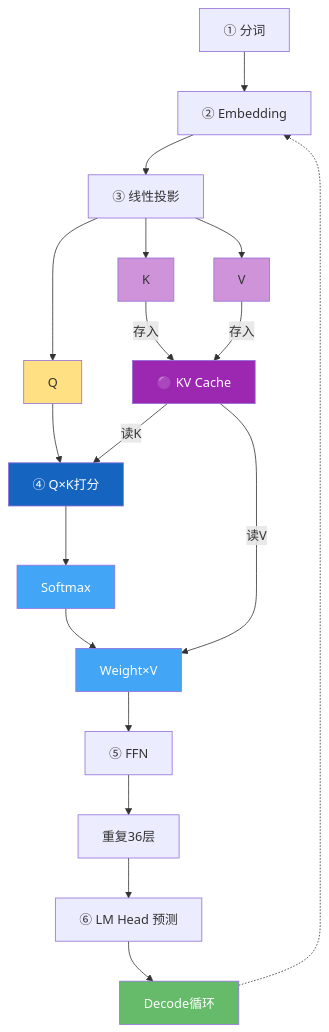
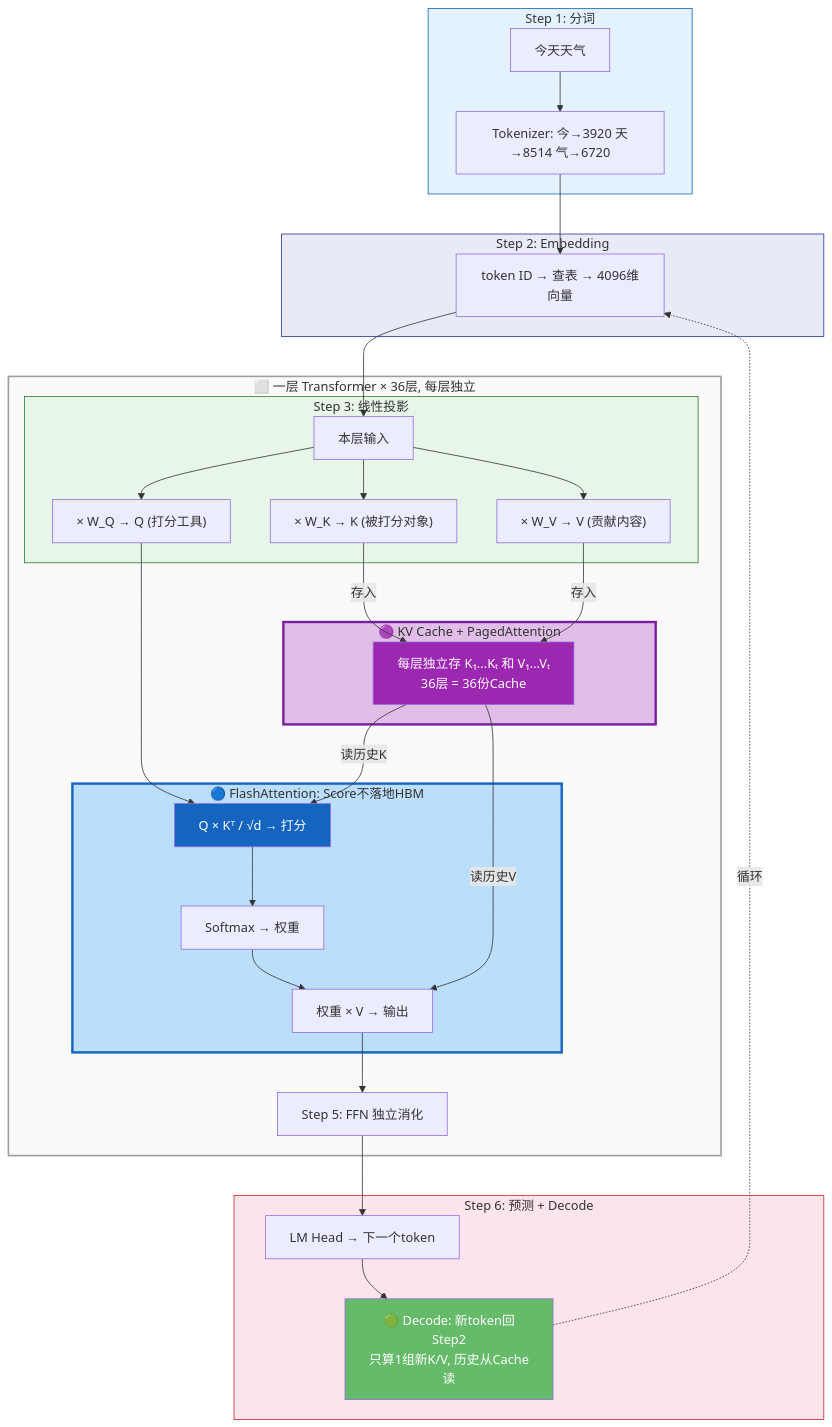
Before and after one commit to david-xinyuwei/david-share: the diagram in Deep-Learning/KV-Cache-Deep-Dive/README-CN.md, drawn with Mermaid. The commit also changed other lines of this file, not shown here.

Commit message:
Balance diagram: structure + short labels

````diff
--- a/Deep-Learning/KV-Cache-Deep-Dive/README-CN.md
+++ b/Deep-Learning/KV-Cache-Deep-Dive/README-CN.md
@@ -271,29 +271,59 @@
 ```mermaid
 graph TD
-    INPUT["① 分词"] --> EMB["② Embedding"]
-    EMB --> PROJ["③ 线性投影"]
-    PROJ --> Q["Q"]
-    PROJ --> K["K"]
-    PROJ --> V["V"]
-    K -->|"存入"| KC["🟣 KV Cache"]
-    V -->|"存入"| KC
-    Q --> SCORE["④ Q×K打分"]
-    KC -->|"读K"| SCORE
-    SCORE --> SOFT["Softmax"]
-    SOFT --> OUT["Weight×V"]
-    KC -->|"读V"| OUT
-    OUT --> FFN["⑤ FFN"]
-    FFN --> NEXT["重复36层"]
-    NEXT --> PREDICT["⑥ LM Head 预测"]
-    PREDICT --> LOOP["Decode循环"]
-    LOOP -.-> EMB
+    subgraph S1["Step 1: 分词"]
+        INPUT["今天天气"] --> TOK["Tokenizer: 今→3920 天→8514 气→6720"]
+    end
 
+    subgraph S2["Step 2: Embedding"]
+        TOK --> EMB["token ID → 查表 → 4096维向量"]
+    end
+
+    subgraph LAYER["⬜ 一层 Transformer × 36层, 每层独立"]
+
+        subgraph S3["Step 3: 线性投影"]
+            EMB2["本层输入"] --> WQ["× W_Q → Q (打分工具)"]
+            EMB2 --> WK["× W_K → K (被打分对象)"]
+            EMB2 --> WV["× W_V → V (贡献内容)"]
+        end
+
+        subgraph KVC["🟣 KV Cache + PagedAttention"]
+            KC["每层独立存 K₁...Kₜ 和 V₁...Vₜ<br/>36层 = 36份Cache"]
+        end
+
+        subgraph FA["🔵 FlashAttention: Score不落地HBM"]
+            SCORE["Q × Kᵀ / √d → 打分"]
+            SOFT["Softmax → 权重"]
+            OUT["权重 × V → 输出"]
+            SCORE --> SOFT --> OUT
+        end
+
+        S5["Step 5: FFN 独立消化"]
+    end
+
+    subgraph S6["Step 6: 预测 + Decode"]
+        PREDICT["LM Head → 下一个token"]
+        LOOP["🟢 Decode: 新token回Step2<br/>只算1组新K/V, 历史从Cache读"]
+    end
+
+    EMB --> EMB2
+    WK -->|"存入"| KC
+    WV -->|"存入"| KC
+    WQ --> SCORE
+    KC -->|"读历史K"| SCORE
+    KC -->|"读历史V"| OUT
+    OUT --> S5
+    S5 --> PREDICT
+    PREDICT --> LOOP
+    LOOP -.->|"循环"| EMB
+
+    style S1 fill:#E3F2FD,stroke:#1565C0
+    style S2 fill:#E8EAF6,stroke:#283593
+    style S3 fill:#E8F5E9,stroke:#2E7D32
+    style KVC fill:#E1BEE7,stroke:#7B1FA2,stroke-width:3px
+    style FA fill:#BBDEFB,stroke:#1565C0,stroke-width:3px
+    style LAYER fill:#FAFAFA,stroke:#9E9E9E,stroke-width:2px
+    style S6 fill:#FCE4EC,stroke:#C62828
     style KC fill:#9C27B0,color:#fff
     style SCORE fill:#1565C0,color:#fff
-    style SOFT fill:#42A5F5,color:#fff
-    style OUT fill:#42A5F5,color:#fff
     style LOOP fill:#66BB6A,color:#fff
-    style Q fill:#FFE082
-    style K fill:#CE93D8
-    style V fill:#CE93D8
 ```
````
